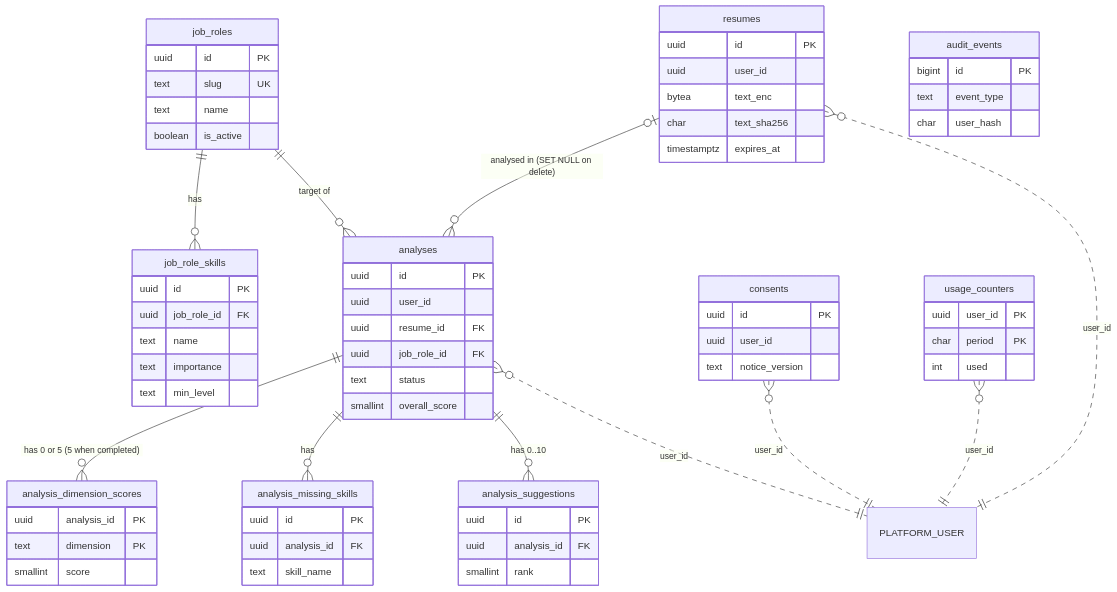
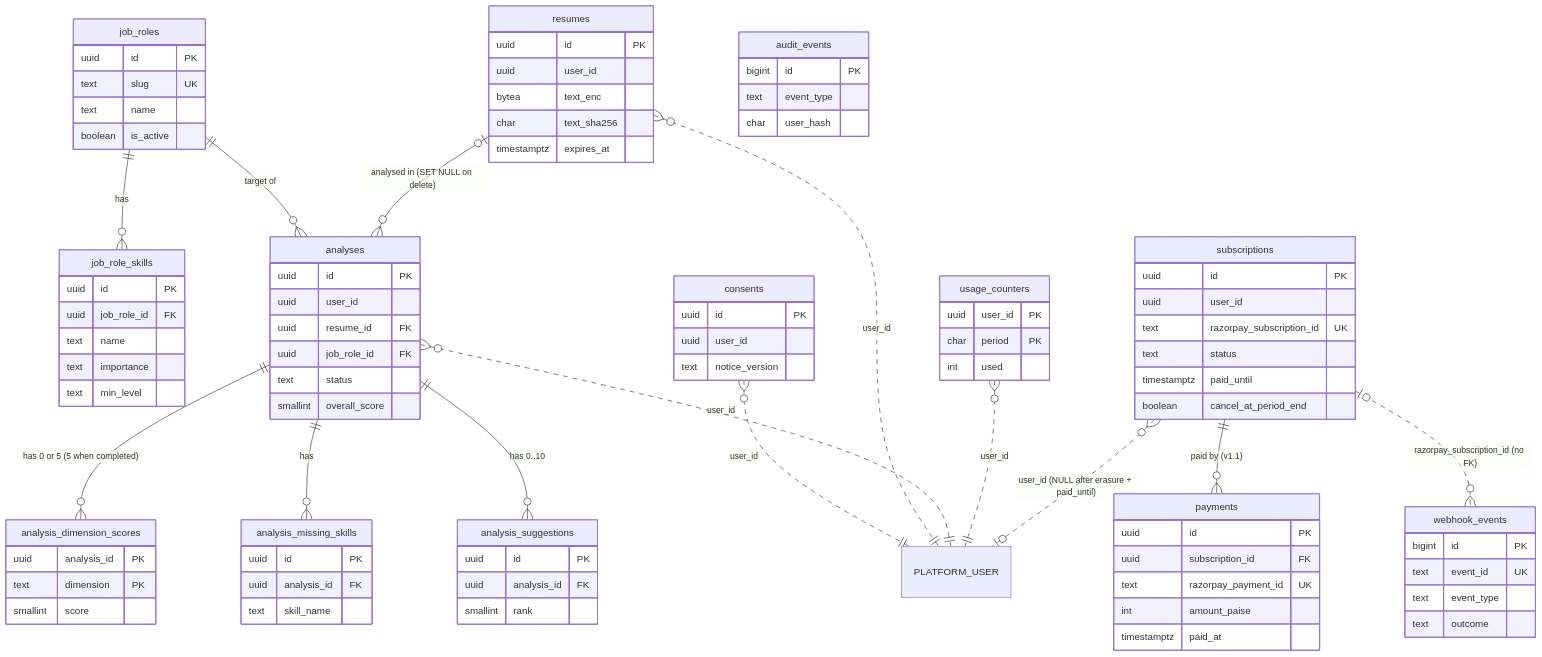
Diagram 14 of 14 in vaishali/spec.md (divii-school/spec-homework), drawn with Mermaid before and after one commit. The commit also changed other lines of this file, not shown here.

```diff
--- a/vaishali/spec.md
+++ b/vaishali/spec.md
@@ -1346,6 +1346,31 @@
   resumes }o..|| PLATFORM_USER : "user_id"
   analyses }o..|| PLATFORM_USER : "user_id"
   usage_counters }o..|| PLATFORM_USER : "user_id"
+  subscriptions }o..o| PLATFORM_USER : "user_id (NULL after erasure + paid_until)"
+  subscriptions ||--o{ payments : "paid by (v1.1)"
+  subscriptions |o..o{ webhook_events : "razorpay_subscription_id (no FK)"
+
+  subscriptions {
+    uuid id PK
+    uuid user_id
+    text razorpay_subscription_id UK
+    text status
+    timestamptz paid_until
+    boolean cancel_at_period_end
+  }
+  payments {
+    uuid id PK
+    uuid subscription_id FK
+    text razorpay_payment_id UK
+    int amount_paise
+    timestamptz paid_at
+  }
+  webhook_events {
+    bigint id PK
+    text event_id UK
+    text event_type
+    text outcome
+  }
 
   job_roles {
     uuid id PK
```
